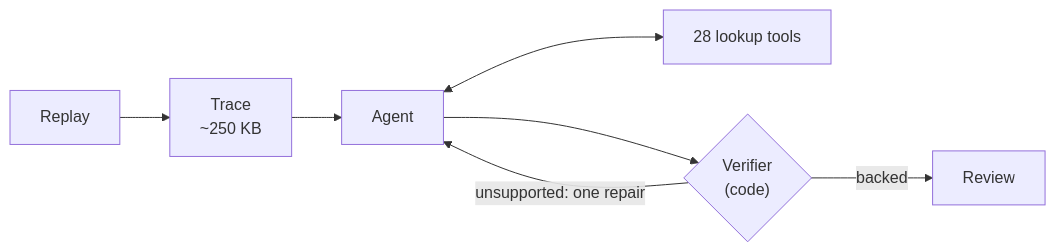
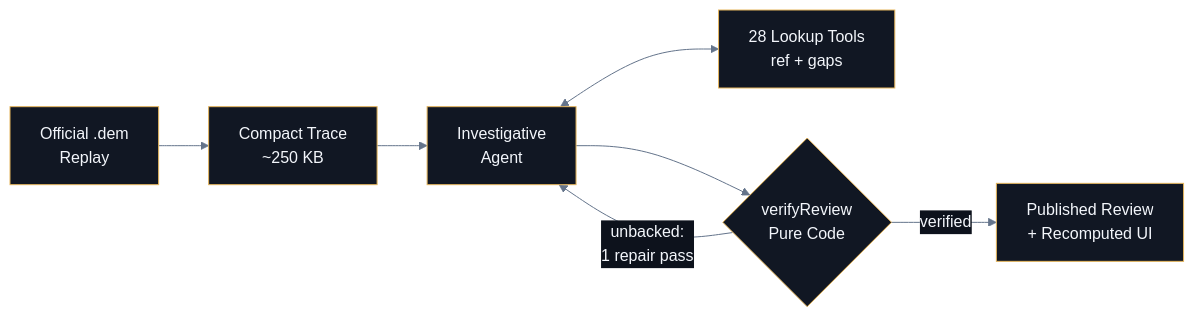
The diagram in README.md (qianhaoq/dota2.ai), drawn with Mermaid before and after one commit. The commit also changed other lines of this file and 14 other files, not shown here.

````diff
--- a/README.md
+++ b/README.md
@@ -101,9 +169,10 @@
 ```mermaid
+%%{init: {'theme': 'base', 'themeVariables': {'primaryColor': '#111723', 'primaryTextColor': '#f3f6fb', 'primaryBorderColor': '#e5b55c', 'lineColor': '#64748b', 'secondaryColor': '#0d121c', 'tertiaryColor': '#090d14'}}}%%
 flowchart LR
-    R["Replay"] --> T["Trace<br/>~250 KB"]
-    T --> A["Agent"]
-    A <--> L["28 lookup tools"]
-    A --> V{"Verifier<br/>(code)"}
-    V -- "unsupported: one repair" --> A
-    V -- "backed" --> D["Review"]
+    R["Official .dem<br/>Replay"] --> T["Compact Trace<br/>~250 KB"]
+    T --> A["Investigative<br/>Agent"]
+    A <--> L["28 Lookup Tools<br/>ref + gaps"]
+    A --> V{"verifyReview<br/>Pure Code"}
+    V -- "unbacked:<br/>1 repair pass" --> A
+    V -- "verified" --> D["Published Review<br/>+ Recomputed UI"]
 ```
````
